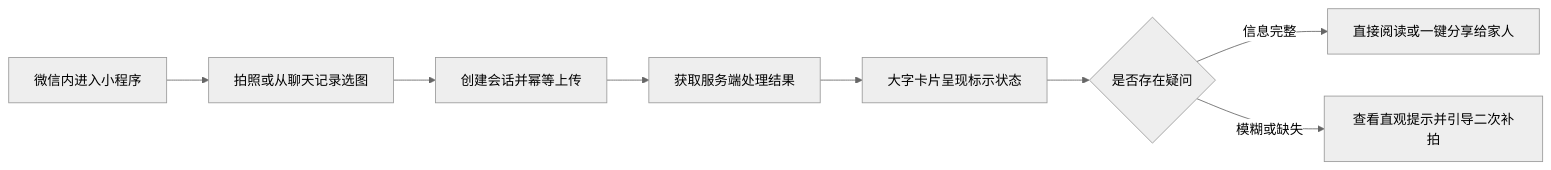
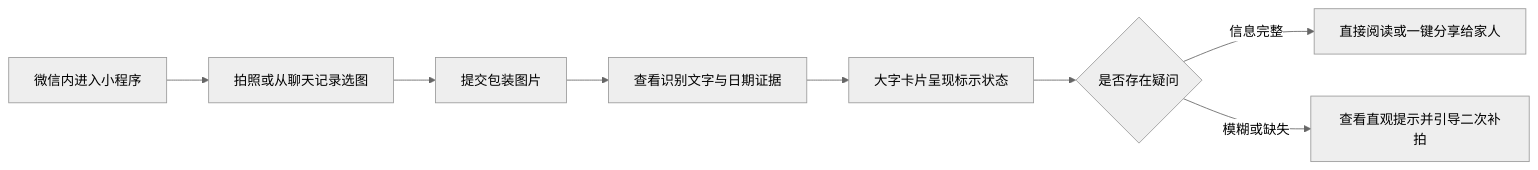
One commit to QingMouFoodDate/WxClient changed the diagram in README.md. Above: the diagram before and after it, drawn with Mermaid (neutral theme). The commit also changed other lines of this file, not shown here.

````diff
--- a/README.md
+++ b/README.md
@@ -53,10 +53,10 @@
 ```mermaid
 flowchart LR
     A["微信内进入小程序"] --> B["拍照或从聊天记录选图"]
-    B --> C["创建会话并幂等上传"]
-    C --> D["获取服务端处理结果"]
+    B --> C["提交包装图片"]
+    C --> D["查看识别文字与日期证据"]
     D --> E["大字卡片呈现标示状态"]
     E --> F{"是否存在疑问"}
     F -->|信息完整| G["直接阅读或一键分享给家人"]
     F -->|模糊或缺失| H["查看直观提示并引导二次补拍"]
 ```
````
